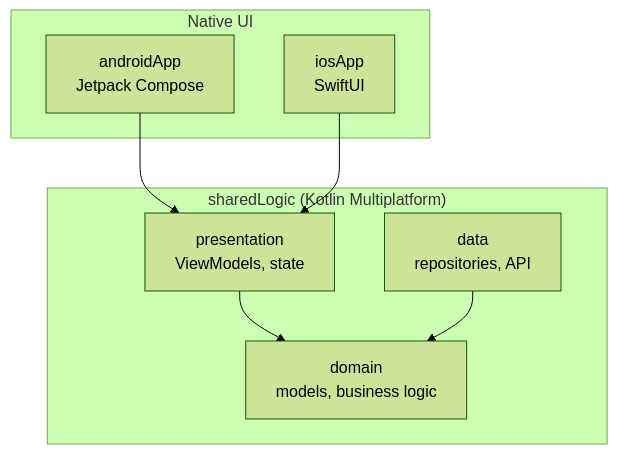
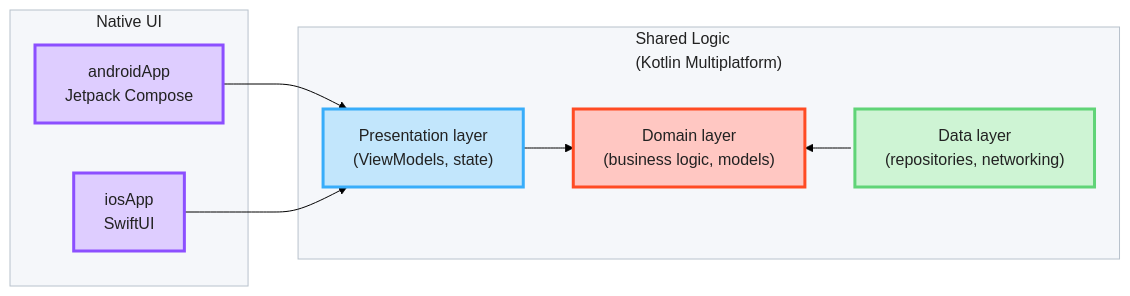
The diagram in README.md (igorwojda/kmp-showcase), drawn with Mermaid (forest theme) before and after one commit.

Commit message:
Update README.md to improve shared logic diagram and enhance clarity

````diff
--- a/README.md
+++ b/README.md
@@ -6,18 +6,33 @@
 ```mermaid
-flowchart TB
+flowchart LR
     subgraph native["Native UI"]
         android["androidApp<br/>Jetpack Compose"]
         ios["iosApp<br/>SwiftUI"]
     end
 
-    subgraph shared["sharedLogic (Kotlin Multiplatform)"]
-        presentation["presentation<br/>ViewModels, state"]
-        domain["domain<br/>models, business logic"]
-        data["data<br/>repositories, API"]
+    subgraph shared["Shared Logic <br/>(Kotlin Multiplatform)"]
+        presentation["Presentation layer <br/>(ViewModels, state)"]
+        domain["Domain layer<br/>(business logic, models)"]
+        data["Data layer<br/>(repositories, networking)"]
     end
 
     android --> presentation
     ios --> presentation
     presentation --> domain
-    data --> domain
+    domain <--> data
+
+    linkStyle 3 marker-end:none;
+
+    classDef presentationLayer fill:#C2E6FC,stroke:#38ADFA,stroke-width:3px,color:#222222;
+    classDef domainLayer fill:#FFC7C2,stroke:#FF4B23,stroke-width:3px,color:#222222;
+    classDef dataLayer fill:#CEF4D4,stroke:#60D477,stroke-width:3px,color:#222222;
+    classDef nativeLayer fill:#DECDFF,stroke:#8C4FFF,stroke-width:3px,color:#222222;
+
+    class presentation presentationLayer;
+    class domain domainLayer;
+    class data dataLayer;
+    class android,ios nativeLayer;
+
+    style native fill:#F5F7FA,stroke:#B8C2CC,color:#222222;
+    style shared fill:#F5F7FA,stroke:#B8C2CC,color:#222222;
 ```
````
